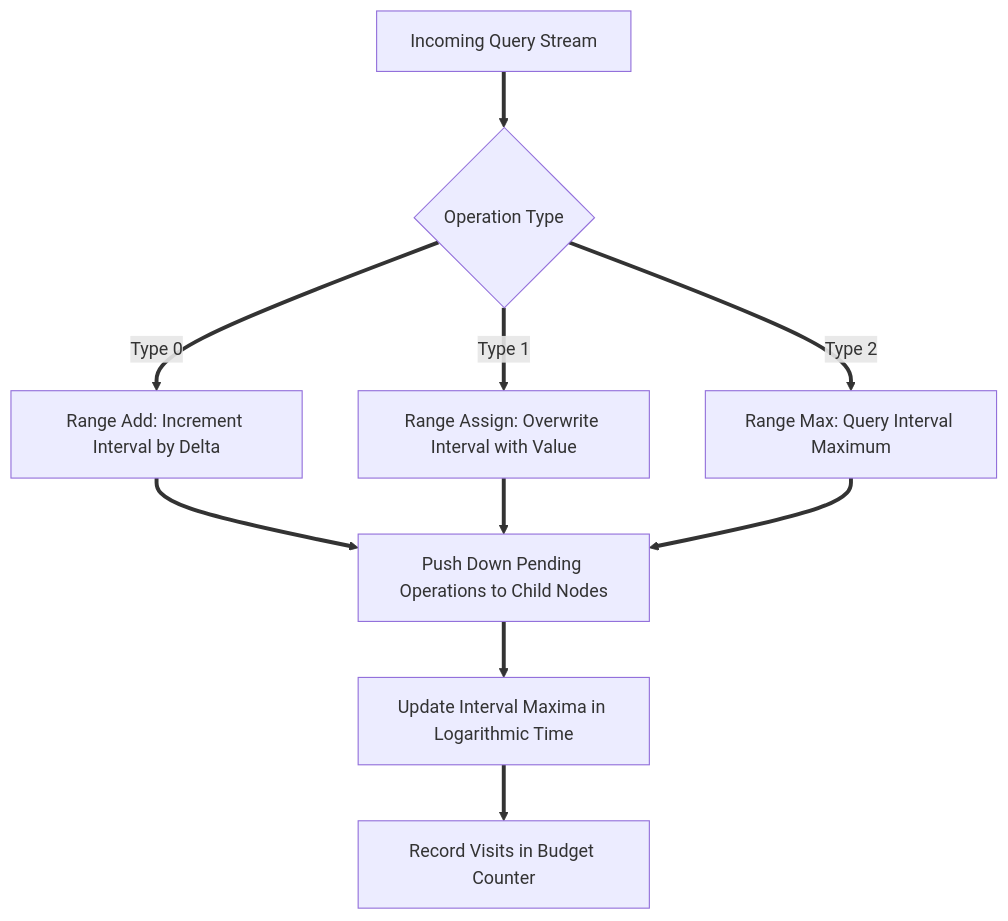
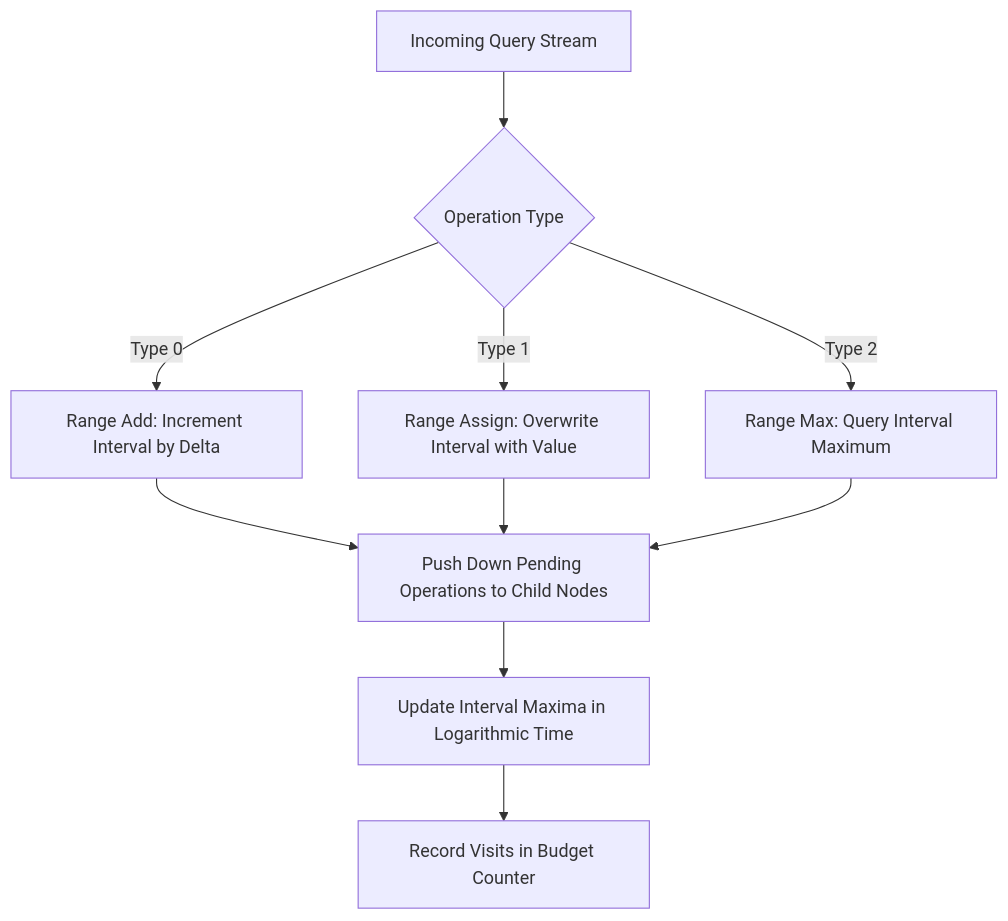
Before and after one commit to Ahmad-Ali-Shah/E_i250817_A1: the second of 3 diagrams in README.md, drawn with Mermaid. The commit also changed other lines of this file, not shown here.

Commit message:
Fix flowchart syntax to standard Mermaid arrows

````diff
--- a/README.md
+++ b/README.md
@@ -67,12 +67,12 @@
 ```mermaid
 flowchart TD
-    Operations["Incoming Query Stream"] ==> Dispatcher{"Operation Type"}
-    Dispatcher ==>|Type 0| RangeAdd["Range Add: Increment Interval by Delta"]
-    Dispatcher ==>|Type 1| RangeAssign["Range Assign: Overwrite Interval with Value"]
-    Dispatcher ==>|Type 2| RangeMax["Range Max: Query Interval Maximum"]
-    RangeAdd ==> LazyPush["Push Down Pending Operations to Child Nodes"]
-    RangeAssign ==> LazyPush
-    RangeMax ==> LazyPush
-    LazyPush ==> TreeUpdate["Update Interval Maxima in Logarithmic Time"]
-    TreeUpdate ==> BudgetCheck["Record Visits in Budget Counter"]
+    Operations["Incoming Query Stream"] --> Dispatcher{"Operation Type"}
+    Dispatcher -->|Type 0| RangeAdd["Range Add: Increment Interval by Delta"]
+    Dispatcher -->|Type 1| RangeAssign["Range Assign: Overwrite Interval with Value"]
+    Dispatcher -->|Type 2| RangeMax["Range Max: Query Interval Maximum"]
+    RangeAdd --> LazyPush["Push Down Pending Operations to Child Nodes"]
+    RangeAssign --> LazyPush
+    RangeMax --> LazyPush
+    LazyPush --> TreeUpdate["Update Interval Maxima in Logarithmic Time"]
+    TreeUpdate --> BudgetCheck["Record Visits in Budget Counter"]
 ```
````
